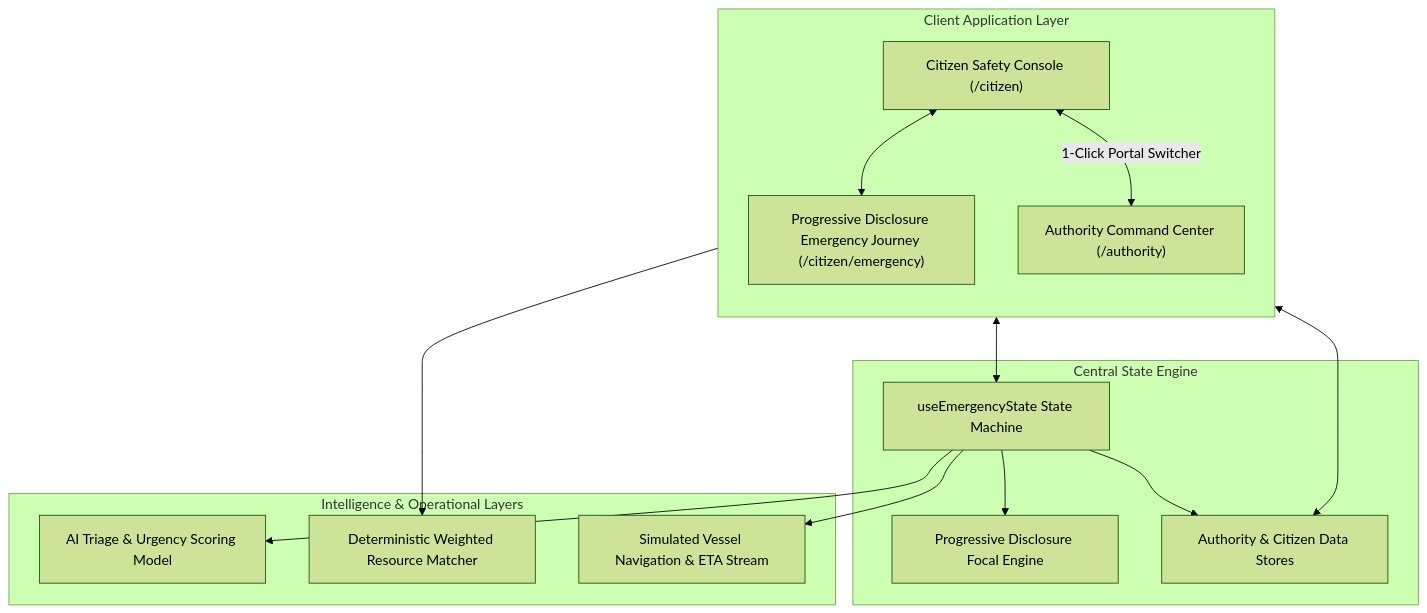
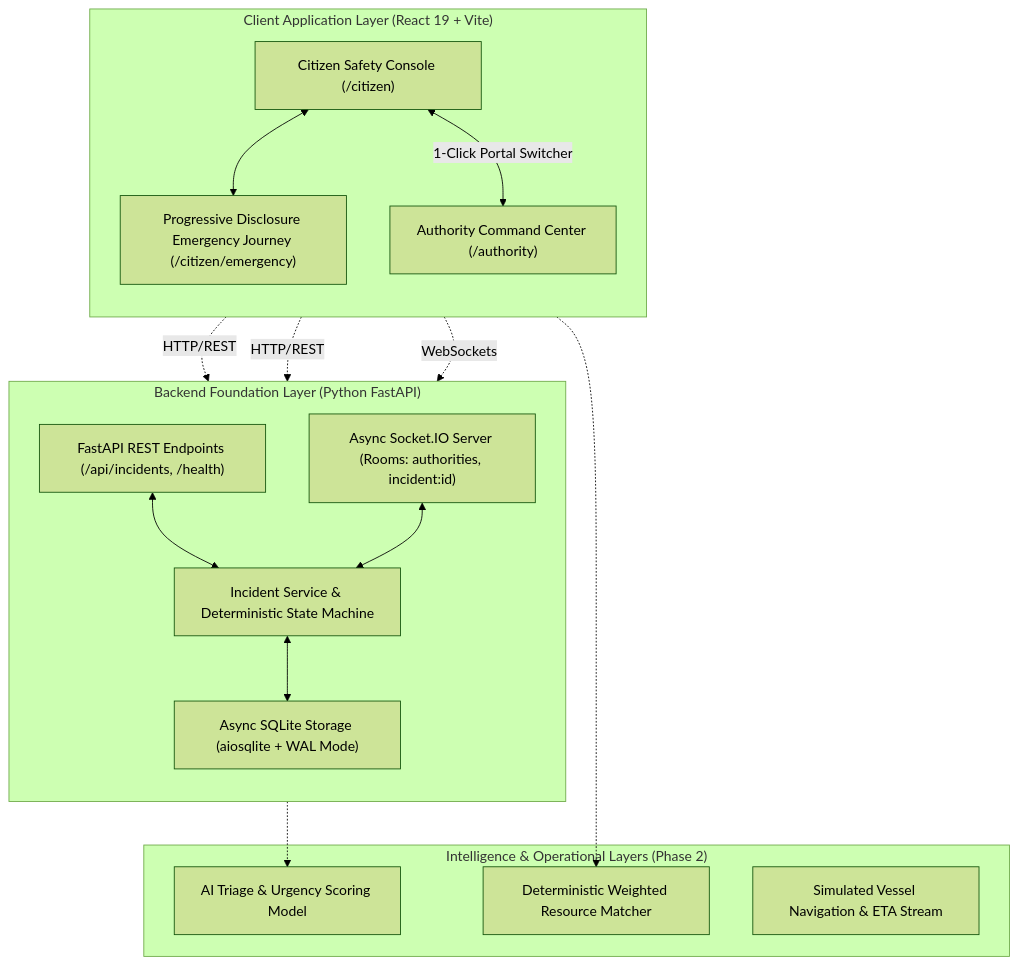
The diagram in docs/ARCHITECTURE.md (pritesh-4/SIH-2026---SALVUS), drawn with Mermaid (forest theme) before and after one commit. The commit also changed other lines of this file and 31 other files, not shown here.

Commit message:
backend FastAPI foundation and incident mananjor

````diff
--- a/docs/ARCHITECTURE.md
+++ b/docs/ARCHITECTURE.md
@@ -9,34 +9,37 @@
 ```mermaid
 flowchart TB
-    subgraph Client_App ["Client Application Layer"]
+    subgraph Client_App ["Client Application Layer (React 19 + Vite)"]
         direction TB
         CitizenPortal["Citizen Safety Console (/citizen)"]
         CitizenEmergency["Progressive Disclosure Emergency Journey (/citizen/emergency)"]
         AuthorityCenter["Authority Command Center (/authority)"]
 
         CitizenPortal <--> CitizenEmergency
         CitizenPortal <-->|"1-Click Portal Switcher"| AuthorityCenter
     end
 
-    subgraph Central_State ["Central State Engine"]
-        StateHook["useEmergencyState State Machine"]
-        ProgressiveFilter["Progressive Disclosure Focal Engine"]
-        MockStore["Authority & Citizen Data Stores"]
+    subgraph Backend_App ["Backend Foundation Layer (Python FastAPI)"]
+        direction TB
+        APIGateway["FastAPI REST Endpoints (/api/incidents, /health)"]
+        SocketEngine["Async Socket.IO Server (Rooms: authorities, incident:id)"]
+        DomainService["Incident Service & Deterministic State Machine"]
+        DBLayer["Async SQLite Storage (aiosqlite + WAL Mode)"]
 
-        StateHook --> ProgressiveFilter
-        StateHook --> MockStore
+        APIGateway <--> DomainService
+        SocketEngine <--> DomainService
+        DomainService <--> DBLayer
     end
 
-    subgraph Intelligence_Layer ["Intelligence & Operational Layers"]
+    subgraph Intelligence_Layer ["Intelligence & Operational Layers (Phase 2)"]
         AIEngine["AI Triage & Urgency Scoring Model"]
         AllocationEngine["Deterministic Weighted Resource Matcher"]
         TelemetryEngine["Simulated Vessel Navigation & ETA Stream"]
     end
 
     %% Wiring
-    CitizenEmergency <--> StateHook
-    AuthorityCenter <--> MockStore
-    StateHook --> AIEngine
-    AuthorityCenter --> AllocationEngine
-    StateHook --> TelemetryEngine
+    CitizenPortal -.->|HTTP/REST| APIGateway
+    AuthorityCenter -.->|HTTP/REST| APIGateway
+    AuthorityCenter -.->|WebSockets| SocketEngine
+    DomainService -.-> AIEngine
+    AuthorityCenter -.-> AllocationEngine
 ```
````
